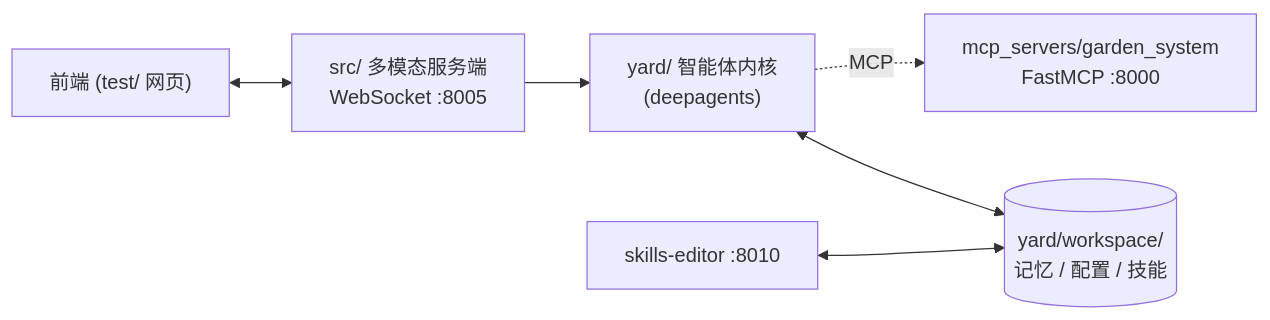
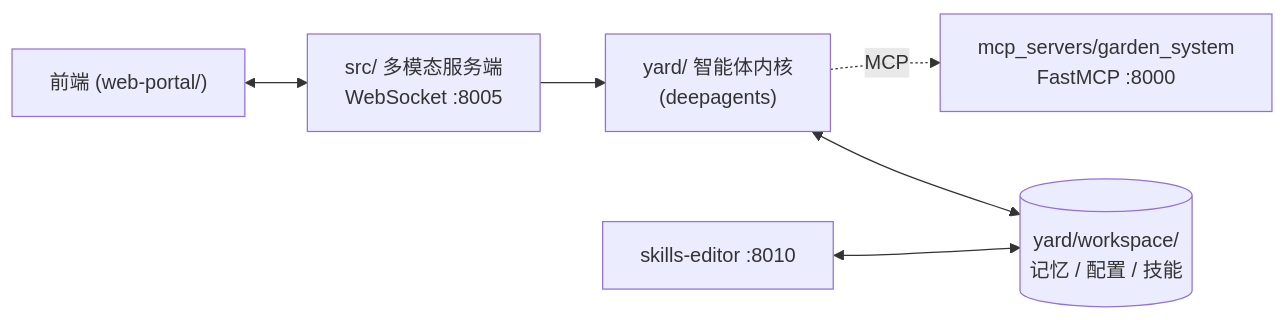
Before and after one commit to sunxu42/gardenagent: the diagram in README.md, drawn with Mermaid. The commit also changed other lines of this file and 21 other files, not shown here.

````diff
--- a/README.md
+++ b/README.md
@@ -13,8 +13,8 @@
 ```mermaid
 flowchart LR
-    Web["前端 (test/ 网页)"] <--> Src["src/ 多模态服务端<br/>WebSocket :8005"]
+    Web["前端 (web-portal/)"] <--> Src["src/ 多模态服务端<br/>WebSocket :8005"]
     Src --> Yard["yard/ 智能体内核<br/>(deepagents)"]
     Yard -.MCP.-> MCP["mcp_servers/garden_system<br/>FastMCP :8000"]
     Yard <--> Workspace[("yard/workspace/<br/>记忆 / 配置 / 技能")]
     MdServer["skills-editor :8010"] <--> Workspace
 ```
````
